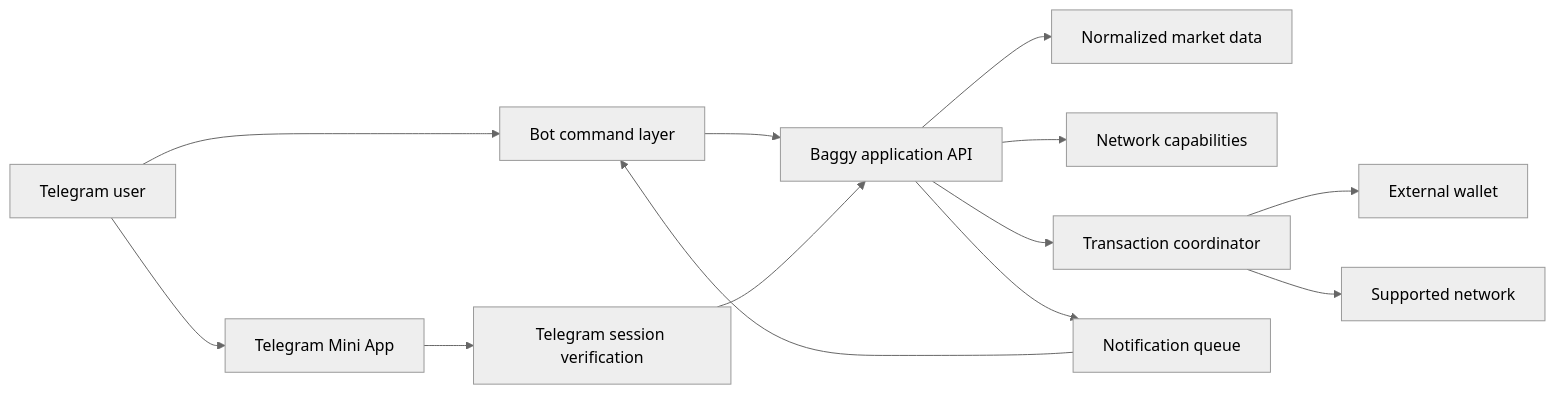
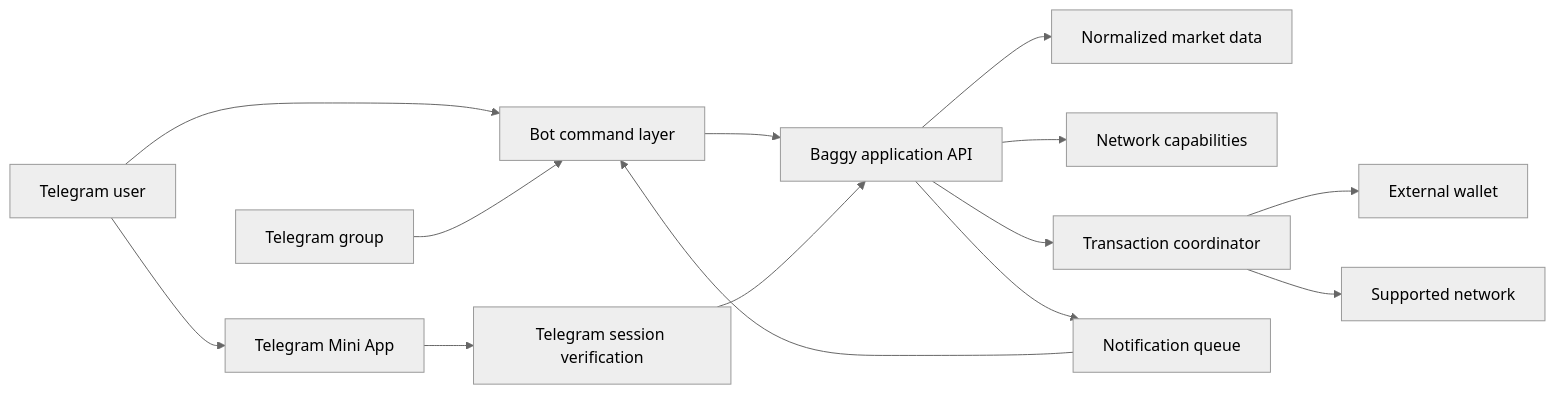
The first of 2 diagrams in README.md (0xENTYPER/baggy-telegram-bot), drawn with Mermaid (neutral theme) before and after one commit. The commit also changed other lines of this file, not shown here.

Commit message:
Document Telegram group chat commands

````diff
--- a/README.md
+++ b/README.md
@@ -101,15 +137,16 @@
 ```mermaid
 flowchart LR
     TG[Telegram user] --> BOT[Bot command layer]
+    GROUP[Telegram group] --> BOT
     TG --> MINI[Telegram Mini App]
     BOT --> API[Baggy application API]
     MINI --> AUTH[Telegram session verification]
     AUTH --> API
     API --> MARKET[Normalized market data]
     API --> CAPS[Network capabilities]
     API --> TX[Transaction coordinator]
     TX --> WALLET[External wallet]
     TX --> CHAIN[Supported network]
     API --> NOTIFY[Notification queue]
     NOTIFY --> BOT
 ```
````
